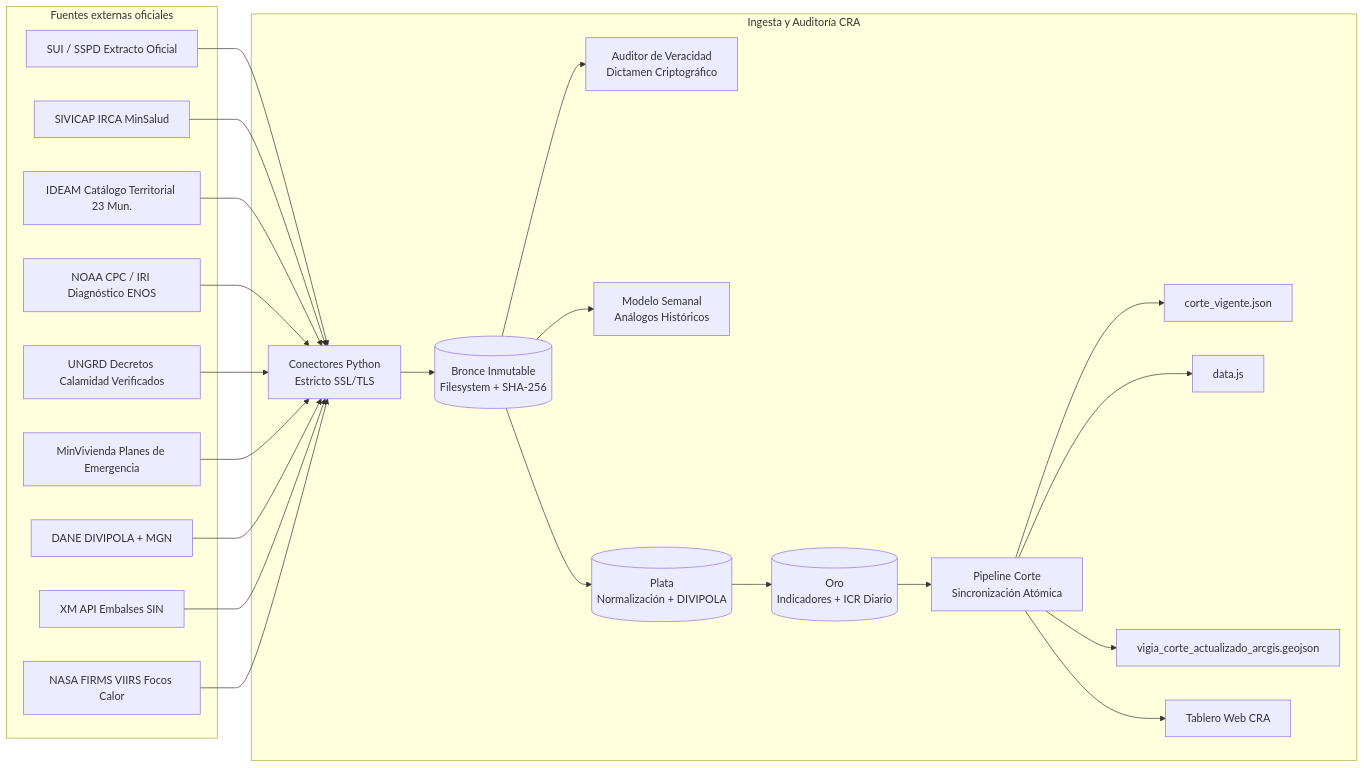
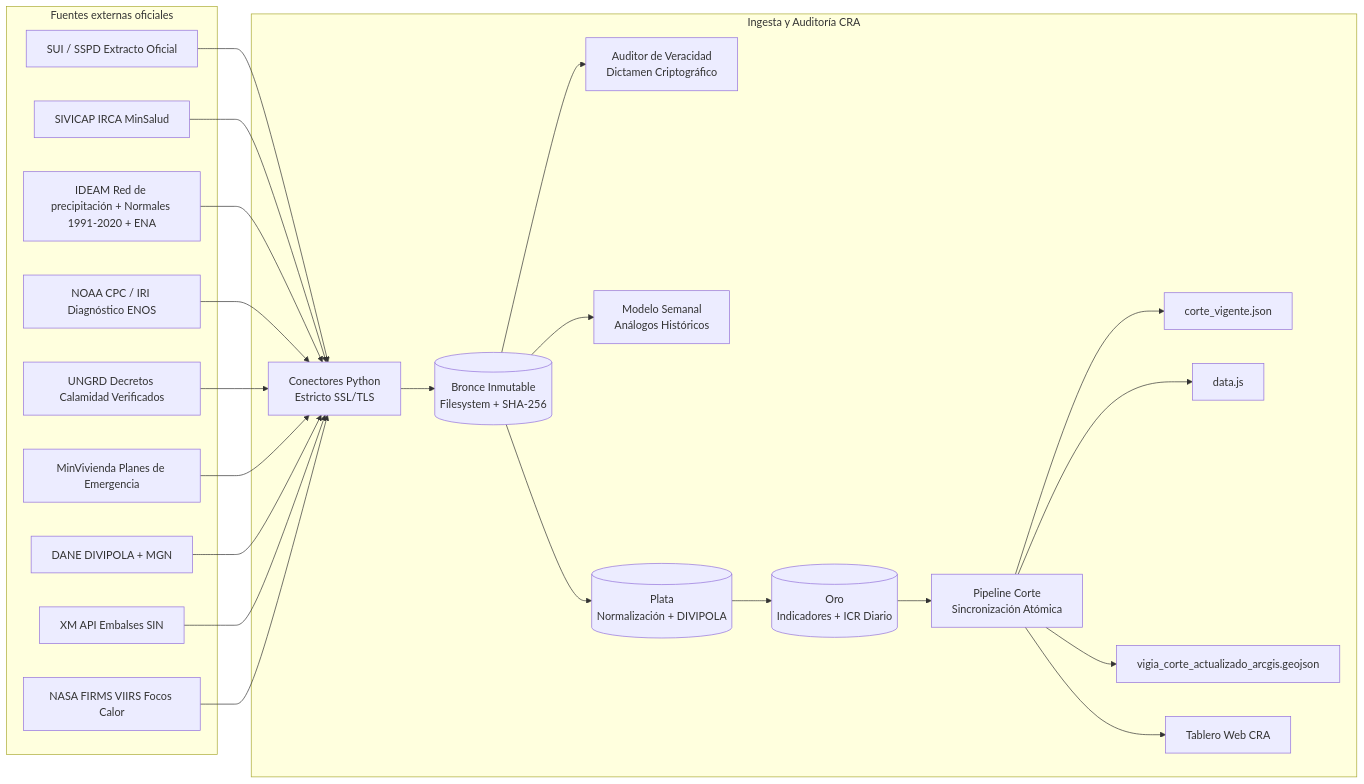
The diagram in context-lake/docs/architecture.md (owlvault/cra-vigia-nino), drawn with Mermaid before and after one commit. The commit also changed other lines of this file and 24 other files, not shown here.

First line of the commit message:
feat(ideam): A-3, A-4, H-2 y H-3 con mediciones reales del IDEAM; retiro del catálogo estático

````diff
--- a/context-lake/docs/architecture.md
+++ b/context-lake/docs/architecture.md
@@ -16,27 +16,27 @@
 ```mermaid
 flowchart LR
   subgraph Fuentes externas oficiales
     SUI[SUI / SSPD Extracto Oficial]
     INS[SIVICAP IRCA MinSalud]
-    IDE[IDEAM Catálogo Territorial 23 Mun.]
+    IDE[IDEAM Red de precipitación + Normales 1991-2020 + ENA]
     CPC[NOAA CPC / IRI Diagnóstico ENOS]
     UNG[UNGRD Decretos Calamidad Verificados]
     MVC[MinVivienda Planes de Emergencia]
     DANE[DANE DIVIPOLA + MGN]
     XM[XM API Embalses SIN]
     FIR[NASA FIRMS VIIRS Focos Calor]
   end
   subgraph Ingesta y Auditoría CRA
     CON[Conectores Python\nEstricto SSL/TLS] --> BR[(Bronce Inmutable\nFilesystem + SHA-256)]
     BR --> AUD[Auditor de Veracidad\nDictamen Criptográfico]
     BR --> MOD_SEM[Modelo Semanal\nAnálogos Históricos]
     BR --> PL[(Plata\nNormalización + DIVIPOLA)]
     PL --> OR[(Oro\nIndicadores + ICR Diario)]
     OR --> PIP_CORTE[Pipeline Corte\nSincronización Atómica]
     PIP_CORTE --> JSON[corte_vigente.json]
     PIP_CORTE --> JS[data.js]
     PIP_CORTE --> GEO[vigia_corte_actualizado_arcgis.geojson]
     PIP_CORTE --> WEB[Tablero Web CRA]
   end
   SUI & INS & IDE & CPC & UNG & MVC & DANE & XM & FIR --> CON
 ```
````
